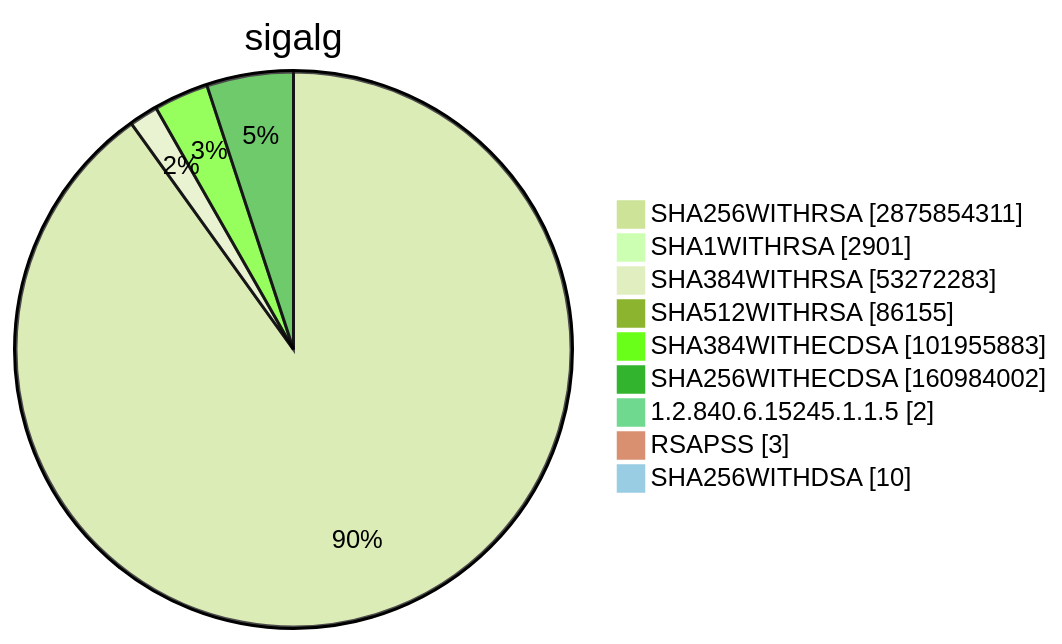
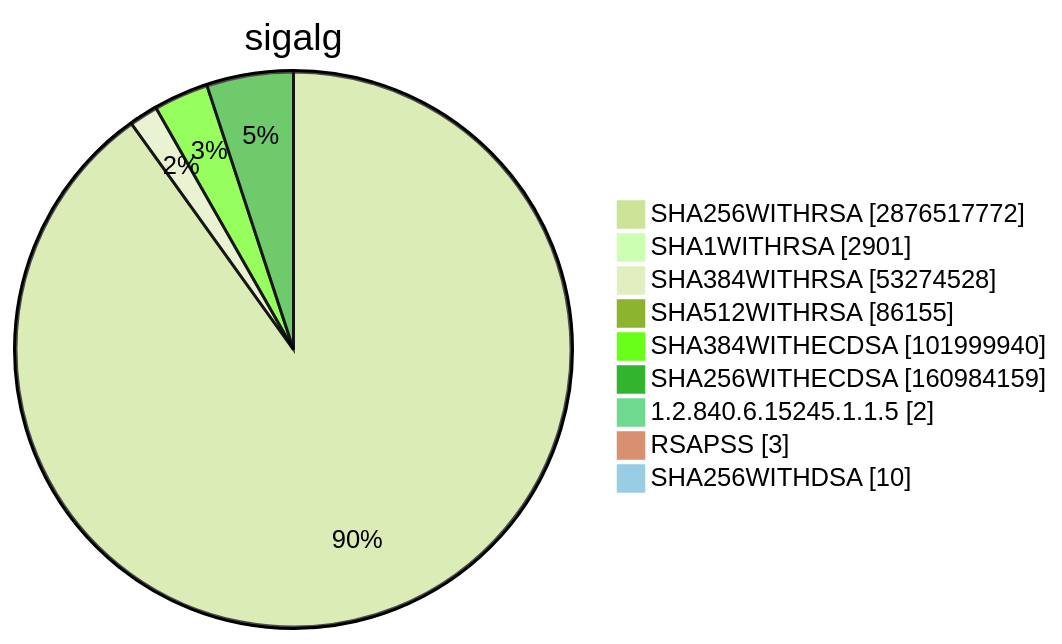
Diagram 15 of 15 in TOTAL/README.md (christiankrug/ctmonitor_visualization), drawn with Mermaid (forest theme) before and after one commit. The commit also changed other lines of this file, not shown here.

````diff
--- a/TOTAL/README.md
+++ b/TOTAL/README.md
@@ -6207,13 +6207,13 @@
 ```mermaid
 pie showData
 title sigalg
-"SHA256WITHRSA" :2875854311
+"SHA256WITHRSA" :2876517772
 "SHA1WITHRSA" :2901
-"SHA384WITHRSA" :53272283
+"SHA384WITHRSA" :53274528
 "SHA512WITHRSA" :86155
-"SHA384WITHECDSA" :101955883
-"SHA256WITHECDSA" :160984002
+"SHA384WITHECDSA" :101999940
+"SHA256WITHECDSA" :160984159
 "1.2.840.6.15245.1.1.5" :2
 "RSAPSS" :3
 "SHA256WITHDSA" :10
 ```
````
